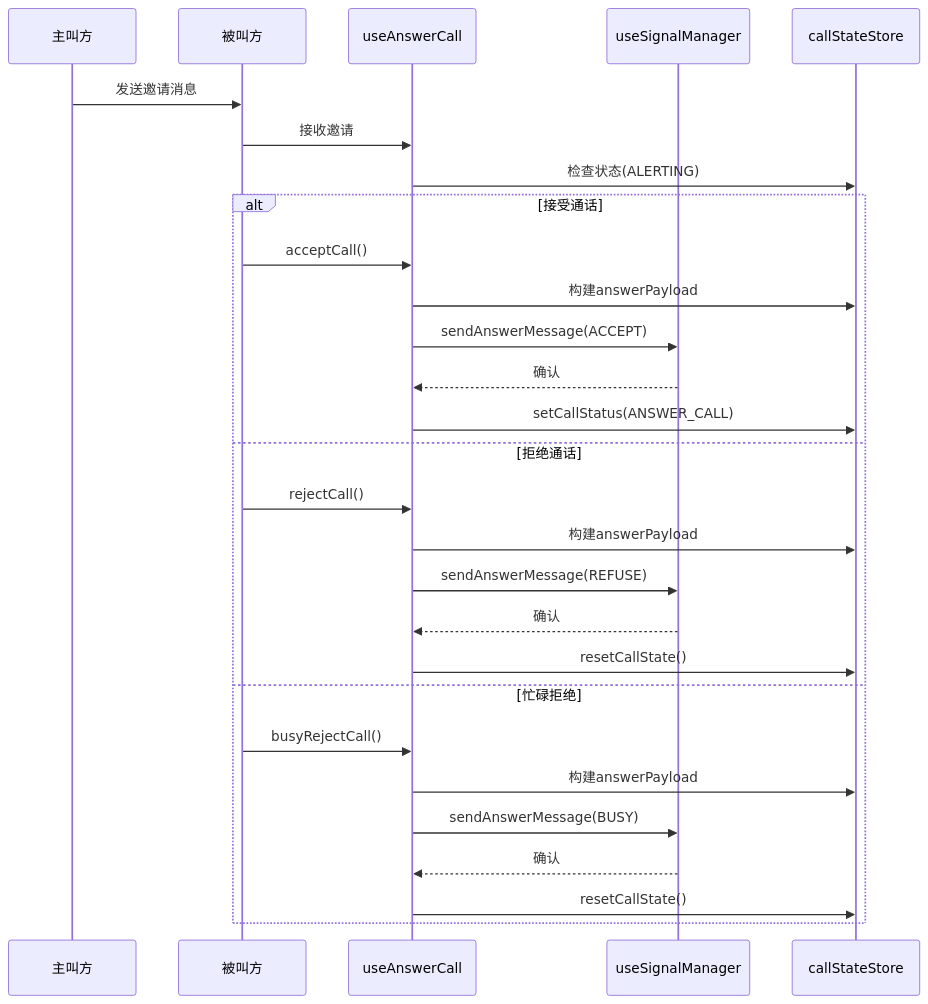
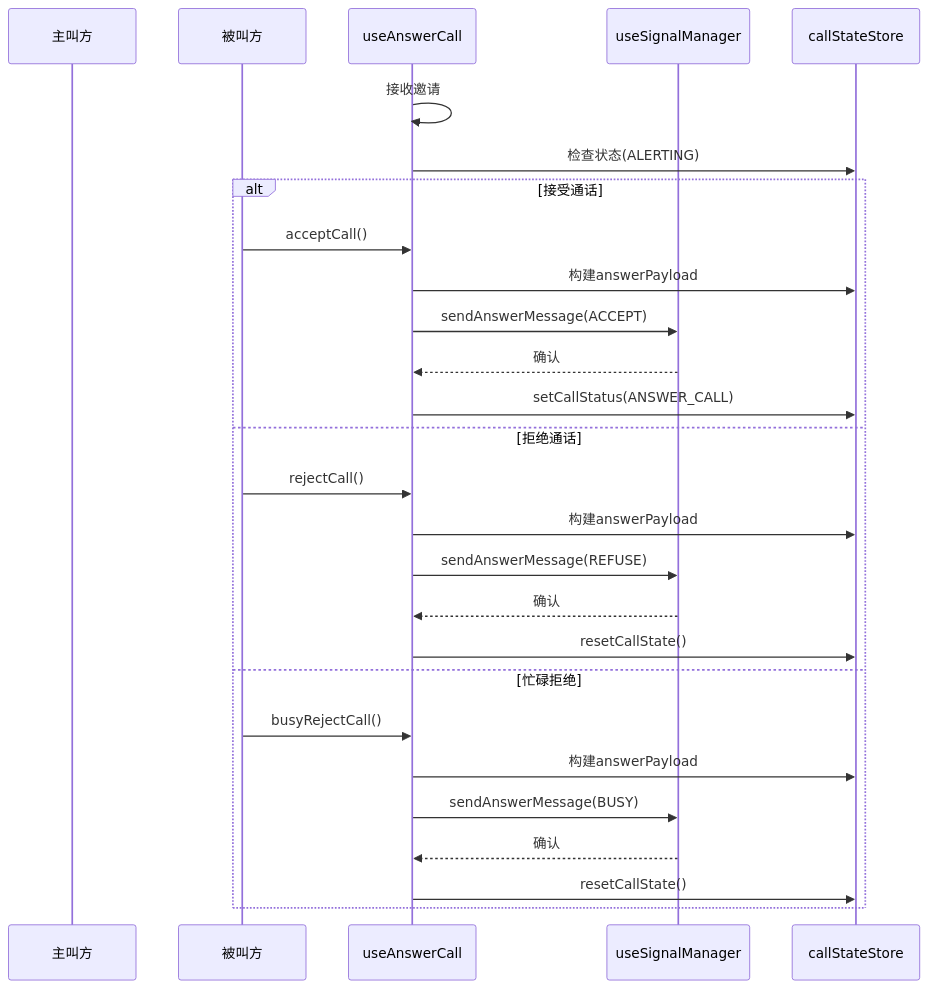
One commit to Easemob-Community/easemob-uikit-callkit-vue3 changed the fifth of 10 diagrams in .qoder/repowiki/zh/content/组合式 API/通话控制 API.md. Above: the diagram before and after it, drawn with Mermaid. The commit also changed other lines of this file and 54 other files, not shown here.

````diff
--- a/.qoder/repowiki/zh/content/组合式 API/通话控制 API.md
+++ b/.qoder/repowiki/zh/content/组合式 API/通话控制 API.md
@@ -319,30 +405,29 @@
 ```mermaid
 sequenceDiagram
 participant Caller as 主叫方
 participant Callee as 被叫方
 participant AC as useAnswerCall
 participant SM as useSignalManager
 participant CSS as callStateStore
-Caller->>Callee : 发送邀请消息
-Callee->>AC : 接收邀请
+AC->>AC : 接收邀请
 AC->>CSS : 检查状态(ALERTING)
 alt 接受通话
 Callee->>AC : acceptCall()
 AC->>CSS : 构建answerPayload
 AC->>SM : sendAnswerMessage(ACCEPT)
 SM-->>AC : 确认
 AC->>CSS : setCallStatus(ANSWER_CALL)
 else 拒绝通话
 Callee->>AC : rejectCall()
 AC->>CSS : 构建answerPayload
 AC->>SM : sendAnswerMessage(REFUSE)
 SM-->>AC : 确认
 AC->>CSS : resetCallState()
 else 忙碌拒绝
 Callee->>AC : busyRejectCall()
 AC->>CSS : 构建answerPayload
 AC->>SM : sendAnswerMessage(BUSY)
 SM-->>AC : 确认
 AC->>CSS : resetCallState()
 end
 ```
````
